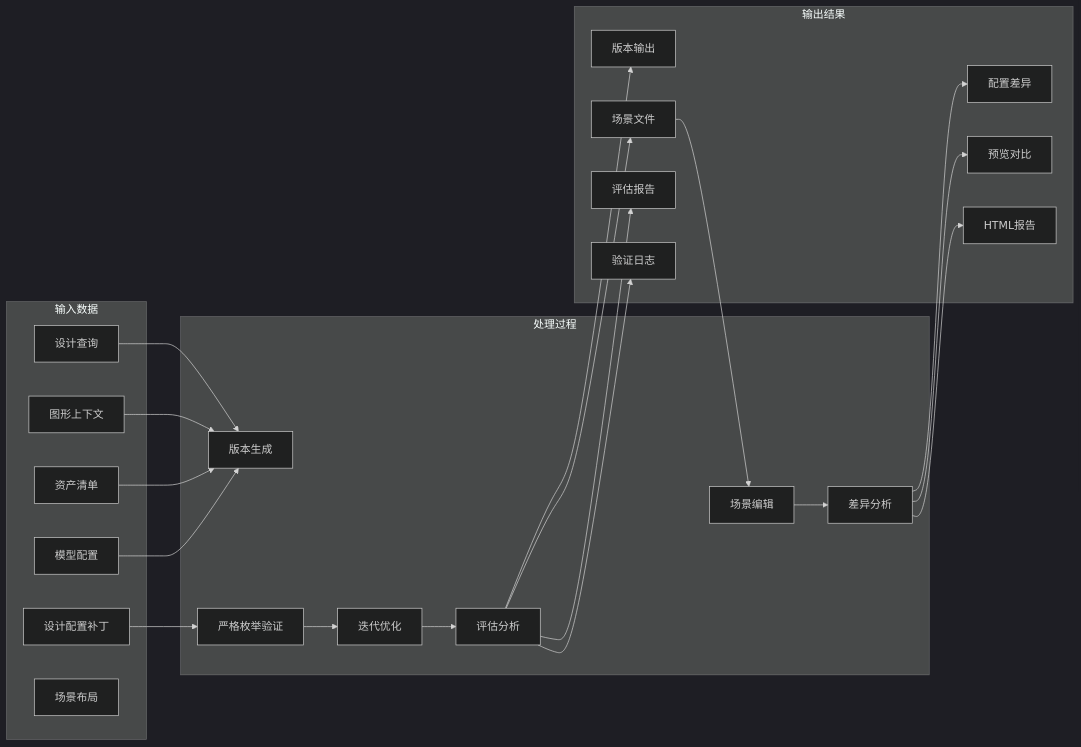
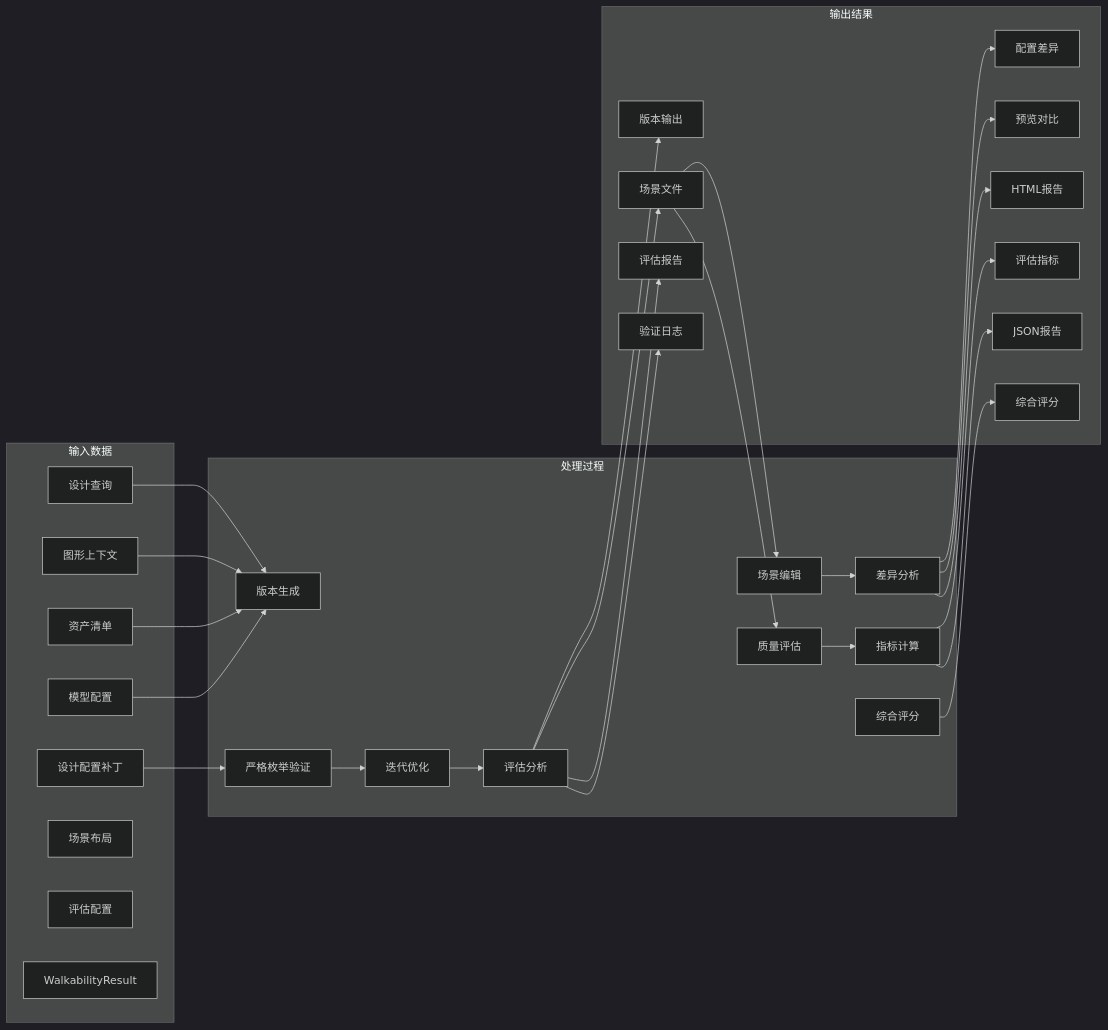
One commit to wsqstar/RoadGen3D changed diagram 25 of 25 in .qoder/repowiki/zh/content/里程碑管道/自动场景生成流水线/多版本自动评估系统.md. Above: the diagram before and after it, drawn with Mermaid (dark theme). The commit also changed other lines of this file and 12 other files, not shown here.

````diff
--- a/.qoder/repowiki/zh/content/里程碑管道/自动场景生成流水线/多版本自动评估系统.md
+++ b/.qoder/repowiki/zh/content/里程碑管道/自动场景生成流水线/多版本自动评估系统.md
@@ -505,44 +954,57 @@
 ```mermaid
 graph LR
 subgraph "输入数据"
 Q[设计查询]
 G[图形上下文]
 M[资产清单]
 C[模型配置]
 DP[设计配置补丁]
 SL[场景布局]
+E[评估配置]
+WR[WalkabilityResult]
 end
 subgraph "处理过程"
 P1[版本生成]
 P2[严格枚举验证]
 P3[迭代优化]
 P4[评估分析]
 P5[场景编辑]
 P6[差异分析]
+P7[质量评估]
+P8[指标计算]
+P9[综合评分]
 end
 subgraph "输出结果"
 V[版本输出]
 S[场景文件]
 R[评估报告]
 VL[验证日志]
 CD[配置差异]
 PC[预览对比]
 HR[HTML报告]
+ER[评估指标]
+JR[JSON报告]
+CS[综合评分]
 end
 Q --> P1
 G --> P1
 M --> P1
 C --> P1
 DP --> P2
 P2 --> P3
 P3 --> P4
 P4 --> V
 P4 --> S
 P4 --> R
 P4 --> VL
 S --> P5
 P5 --> P6
 P6 --> CD
 P6 --> PC
 P6 --> HR
+S --> P7
+P7 --> P8
+P8 --> ER
+P8 --> JR
+P9 --> CS
 ```
````
